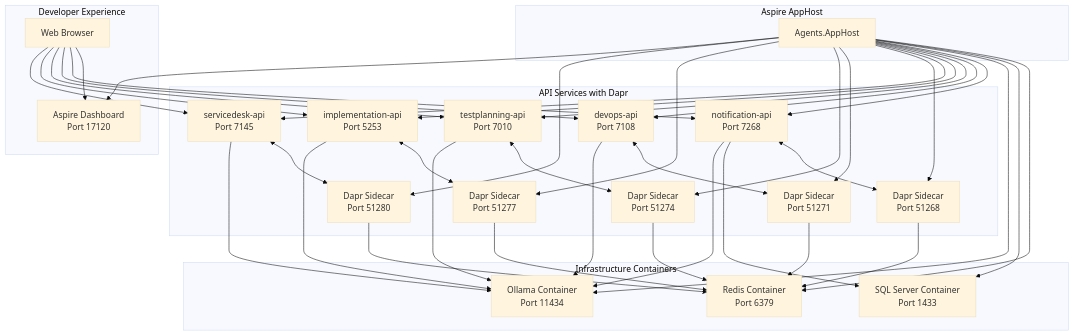
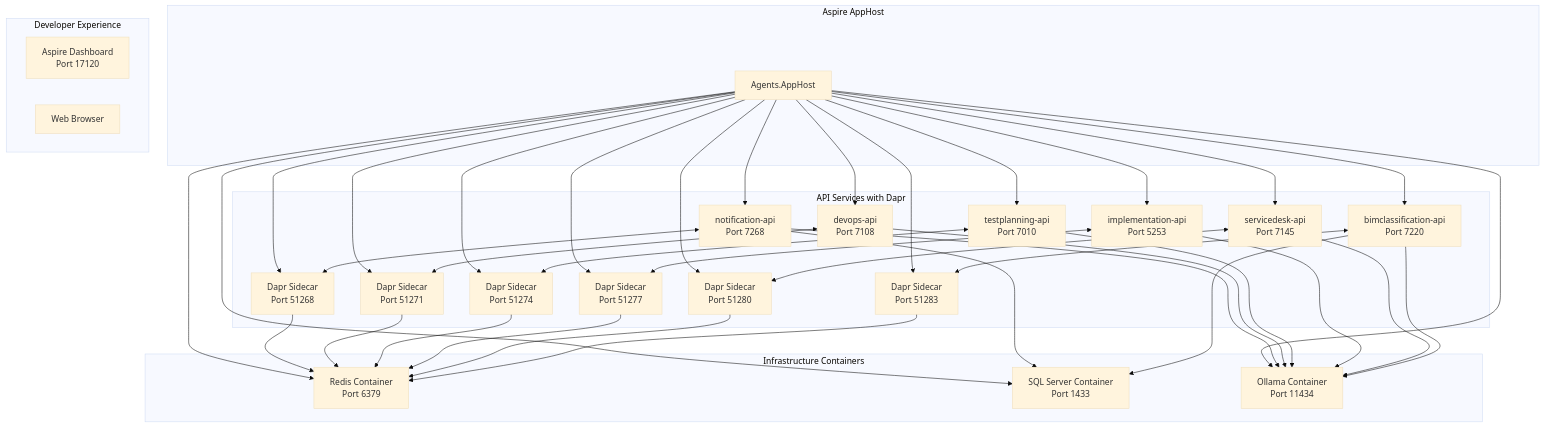
The third of 3 diagrams in docs/architecture.md (Lukeus/my-agents), drawn with Mermaid (base theme) before and after one commit. The commit also changed other lines of this file and 7 other files, not shown here.

````diff
--- a/docs/architecture.md
+++ b/docs/architecture.md
@@ -329,71 +336,71 @@
 ```mermaid
 graph TB
     subgraph "Aspire AppHost"
         AppHost[Agents.AppHost]
     end
     
     subgraph "Infrastructure Containers"
         Redis[Redis Container<br/>Port 6379]
         SQL[SQL Server Container<br/>Port 1433]
         Ollama[Ollama Container<br/>Port 11434]
     end
     
     subgraph "API Services with Dapr"
         N1[notification-api<br/>Port 7268]
         N1D[Dapr Sidecar<br/>Port 51268]
         D1[devops-api<br/>Port 7108]
         D1D[Dapr Sidecar<br/>Port 51271]
         T1[testplanning-api<br/>Port 7010]
         T1D[Dapr Sidecar<br/>Port 51274]
         I1[implementation-api<br/>Port 5253]
         I1D[Dapr Sidecar<br/>Port 51277]
         S1[servicedesk-api<br/>Port 7145]
         S1D[Dapr Sidecar<br/>Port 51280]
+        B1[bimclassification-api<br/>Port 7220]
+        B1D[Dapr Sidecar<br/>Port 51283]
     end
     
     subgraph "Developer Experience"
         Dashboard[Aspire Dashboard<br/>Port 17120]
         Browser[Web Browser]
     end
     
     AppHost-->Redis
     AppHost-->SQL
     AppHost-->Ollama
     AppHost-->N1
     AppHost-->D1
     AppHost-->T1
     AppHost-->I1
     AppHost-->S1
+    AppHost-->B1
     AppHost-->N1D
     AppHost-->D1D
     AppHost-->T1D
     AppHost-->I1D
     AppHost-->S1D
+    AppHost-->B1D
     
     N1<-->N1D
     D1<-->D1D
     T1<-->T1D
     I1<-->I1D
     S1<-->S1D
+    B1<-->B1D
     
     N1D-->Redis
     D1D-->Redis
     T1D-->Redis
     I1D-->Redis
     S1D-->Redis
+    B1D-->Redis
     
     N1-->SQL
     N1-->Ollama
     D1-->Ollama
     T1-->Ollama
     I1-->Ollama
     S1-->Ollama
-    
-    AppHost-->Dashboard
-    Browser-->Dashboard
-    Browser-->N1
-    Browser-->D1
-    Browser-->T1
-    Browser-->I1
-    Browser-->S1
+    B1-->SQL
+    B1-->Ollama
 ```
````
